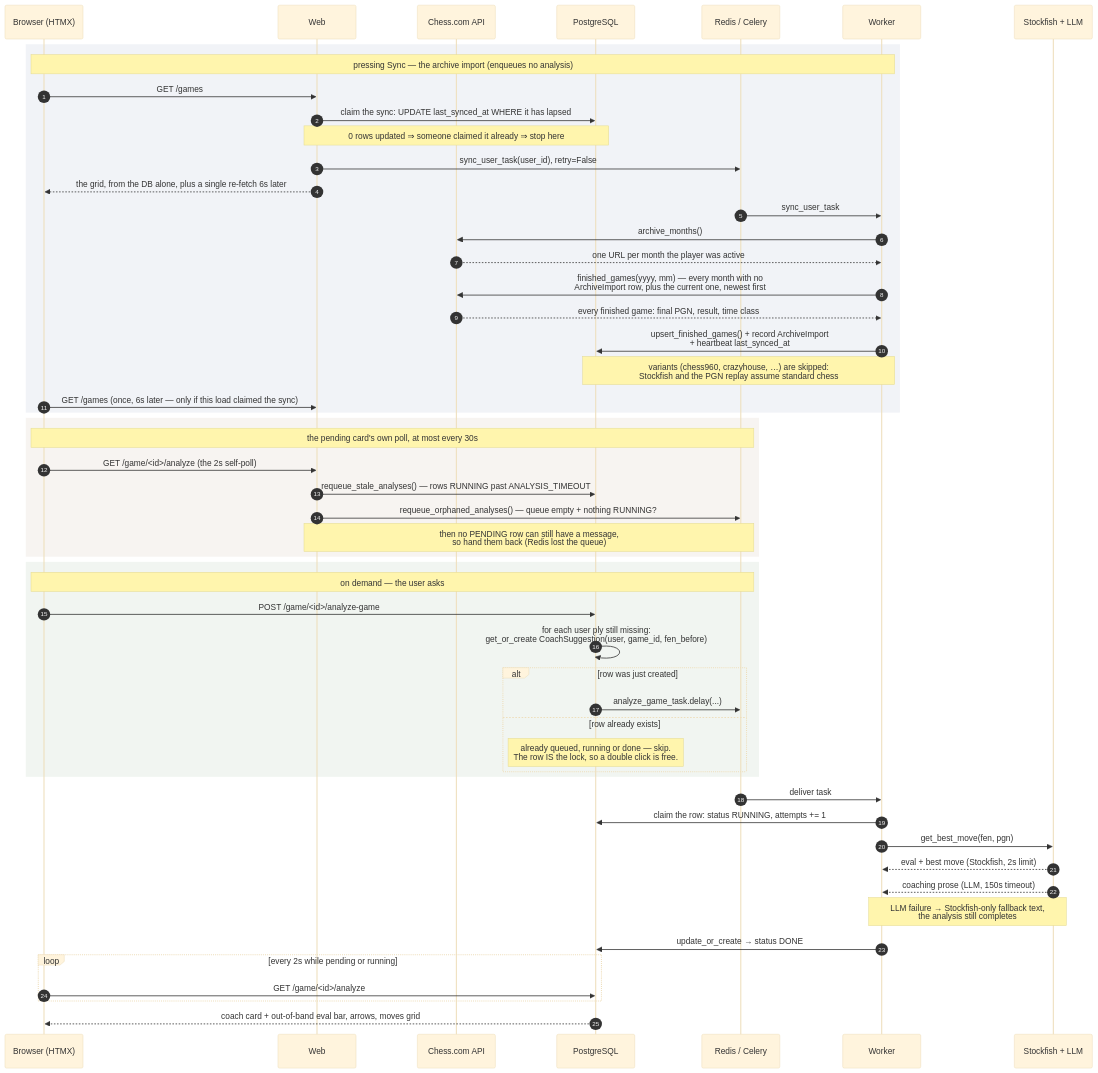
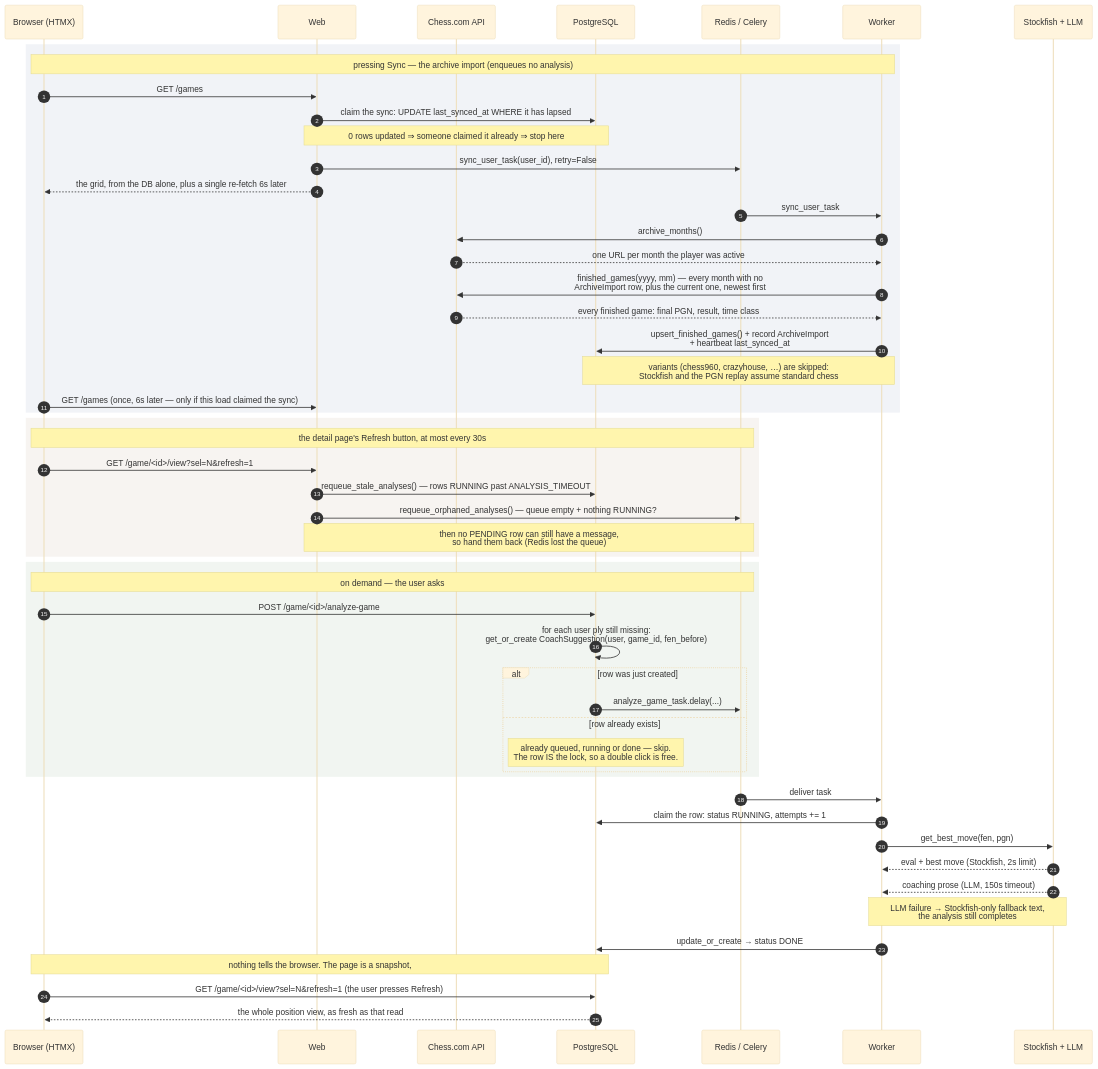
One commit to gab-25/chessdotcom_ai_coach changed the second of 2 diagrams in docs/architecture.md. Above: the diagram before and after it, drawn with Mermaid (base theme). The commit also changed other lines of this file and 20 other files, not shown here.

````diff
--- a/docs/architecture.md
+++ b/docs/architecture.md
@@ -98,60 +98,59 @@
 ```mermaid
 sequenceDiagram
     autonumber
     participant B as Browser (HTMX)
     participant Web as Web
     participant C as Chess.com API
     participant DB as PostgreSQL
     participant Q as Redis / Celery
     participant W as Worker
     participant E as Stockfish + LLM
 
     rect rgba(120,140,180,0.10)
     Note over B,W: pressing Sync — the archive import (enqueues no analysis)
     B->>Web: GET /games
     Web->>DB: claim the sync: UPDATE last_synced_at WHERE it has lapsed
     Note over Web,DB: 0 rows updated ⇒ someone claimed it already ⇒ stop here
     Web->>Q: sync_user_task(user_id), retry=False
     Web-->>B: the grid, from the DB alone, plus a single re-fetch 6s later
     Q->>W: sync_user_task
     W->>C: archive_months()
     C-->>W: one URL per month the player was active
     W->>C: finished_games(yyyy, mm) — every month with no<br/>ArchiveImport row, plus the current one, newest first
     C-->>W: every finished game: final PGN, result, time class
     W->>DB: upsert_finished_games() + record ArchiveImport<br/>+ heartbeat last_synced_at
     Note over W,DB: variants (chess960, crazyhouse, …) are skipped:<br/>Stockfish and the PGN replay assume standard chess
     B->>Web: GET /games (once, 6s later — only if this load claimed the sync)
     end
 
     rect rgba(180,150,120,0.10)
-    Note over B,Q: the pending card's own poll, at most every 30s
-    B->>Web: GET /game/<id>/analyze (the 2s self-poll)
+    Note over B,Q: the detail page's Refresh button, at most every 30s
+    B->>Web: GET /game/<id>/view?sel=N&refresh=1
     Web->>DB: requeue_stale_analyses() — rows RUNNING past ANALYSIS_TIMEOUT
     Web->>Q: requeue_orphaned_analyses() — queue empty + nothing RUNNING?
     Note over Web,Q: then no PENDING row can still have a message,<br/>so hand them back (Redis lost the queue)
     end
 
     rect rgba(120,160,120,0.10)
     Note over B,Q: on demand — the user asks
     B->>DB: POST /game/<id>/analyze-game
     DB->>DB: for each user ply still missing:<br/>get_or_create CoachSuggestion(user, game_id, fen_before)
     alt row was just created
         DB->>Q: analyze_game_task.delay(...)
     else row already exists
         Note over DB: already queued, running or done — skip.<br/>The row IS the lock, so a double click is free.
     end
     end
 
     Q->>W: deliver task
     W->>DB: claim the row: status RUNNING, attempts += 1
     W->>E: get_best_move(fen, pgn)
     E-->>W: eval + best move (Stockfish, 2s limit)
     E-->>W: coaching prose (LLM, 150s timeout)
     Note over W,E: LLM failure → Stockfish-only fallback text,<br/>the analysis still completes
     W->>DB: update_or_create → status DONE
 
-    loop every 2s while pending or running
-        B->>DB: GET /game/<id>/analyze
-    end
-    DB-->>B: coach card + out-of-band eval bar, arrows, moves grid
+    Note over B,DB: nothing tells the browser. The page is a snapshot,
+    B->>DB: GET /game/<id>/view?sel=N&refresh=1 (the user presses Refresh)
+    DB-->>B: the whole position view, as fresh as that read
 ```
````
